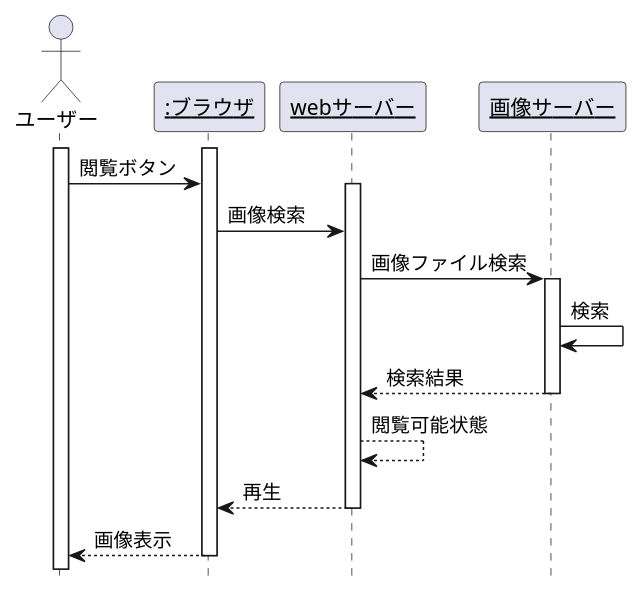
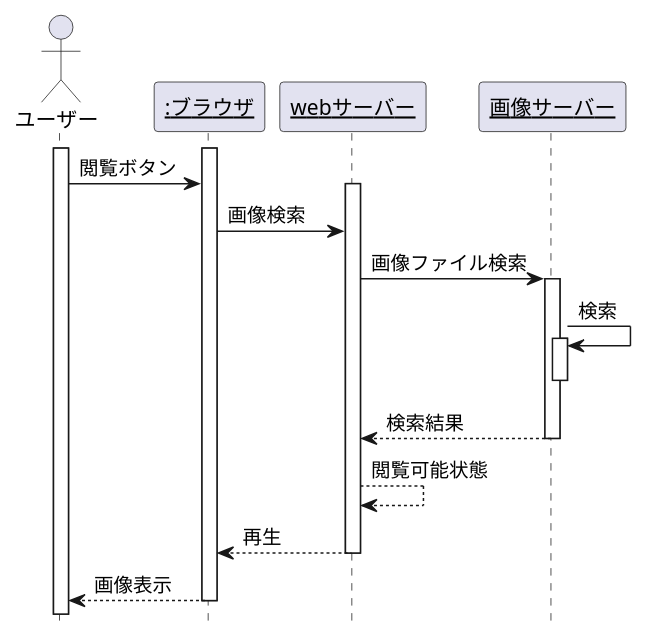
Before and after one commit to Nshikawakazuki/uml-intr: the diagram in 演習4-6_SD_Web画像検索.pu, drawn with PlantUML. The commit also changed 1 other file, not shown here.

```diff
--- a/演習4-6_SD_Web画像検索.pu
+++ b/演習4-6_SD_Web画像検索.pu
@@ -1,22 +1,24 @@
 @startuml 画僧検索
 hide footbox
 Actor ユーザー as us
 participant "<u>:ブラウザ</u>" as br
 participant "<u>webサーバー</u>" as web
 participant "<u>画像サーバー</u>" as ga
 activate us
 activate br
 us -> br:閲覧ボタン
 activate web
 br -> web:画像検索
 web -> ga:画像ファイル検索
 activate ga
 ga -> ga:検索
+activate ga
+deactivate ga
 web <-- ga:検索結果
 deactivate ga
 web --> web:閲覧可能状態
 br <-- web:再生
 deactivate web
 us <-- br:画像表示
 deactivate br
 @enduml
```
